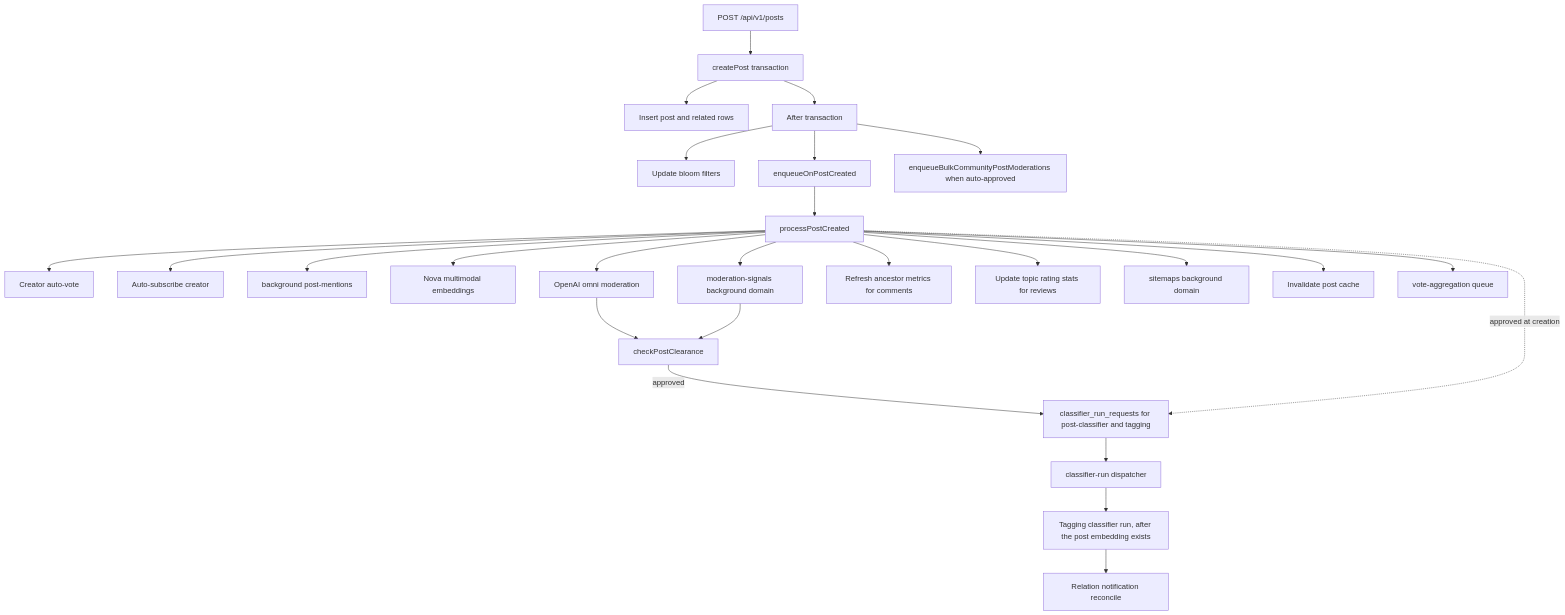
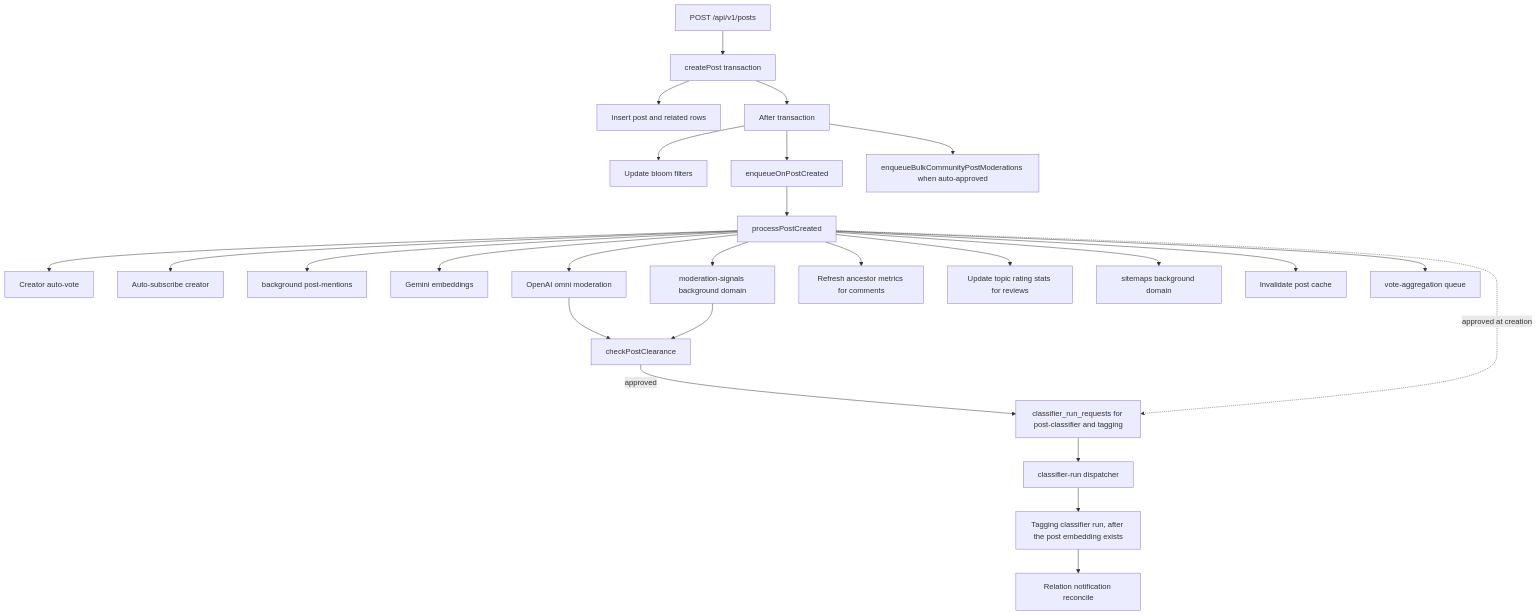
The first of 2 diagrams in docs/overview/architecture/reference-post-lifecycle-post-creation-pipeline.md (vouchington/vouchington), drawn with Mermaid before and after one commit. The commit also changed 542 other files, not shown here.

First line of the commit message:
feat(embeddings): migrate callers and batches to Vertex Gemini

````diff
--- a/docs/overview/architecture/reference-post-lifecycle-post-creation-pipeline.md
+++ b/docs/overview/architecture/reference-post-lifecycle-post-creation-pipeline.md
@@ -7,28 +7,28 @@
 ```mermaid
 flowchart TD
   route[POST /api/v1/posts] --> create[createPost transaction]
   create --> post[Insert post and related rows]
   create --> after[After transaction]
   after --> bloom[Update bloom filters]
   after --> created[enqueueOnPostCreated]
   after --> community[enqueueBulkCommunityPostModerations when auto-approved]
   created --> listener[processPostCreated]
   listener --> votes[Creator auto-vote]
   listener --> subscribe[Auto-subscribe creator]
   listener --> mentions[background post-mentions]
-  listener --> embeddings[Nova multimodal embeddings]
+  listener --> embeddings[Gemini embeddings]
   listener --> omni[OpenAI omni moderation]
   omni --> clearance[checkPostClearance]
   clearance -->|approved| request[classifier_run_requests for post-classifier and tagging]
   listener -.->|approved at creation| request
   request --> dispatch[classifier-run dispatcher]
   dispatch --> tagging[Tagging classifier run, after the post embedding exists]
   tagging --> relationNotify[Relation notification reconcile]
   listener --> spam[moderation-signals background domain]
   spam --> clearance
   listener --> comments[Refresh ancestor metrics for comments]
   listener --> reviews[Update topic rating stats for reviews]
   listener --> sitemap[sitemaps background domain]
   listener --> cache[Invalidate post cache]
   listener --> metrics[vote-aggregation queue]
 ```
````
